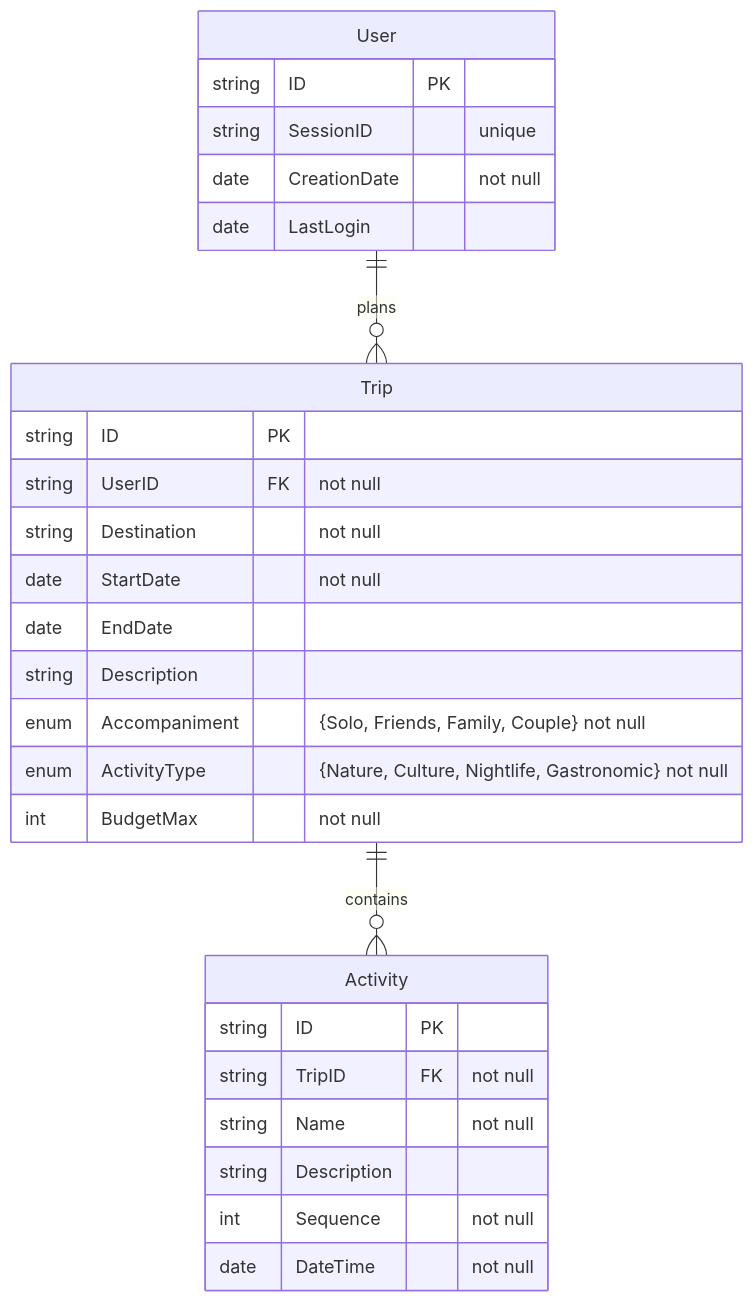
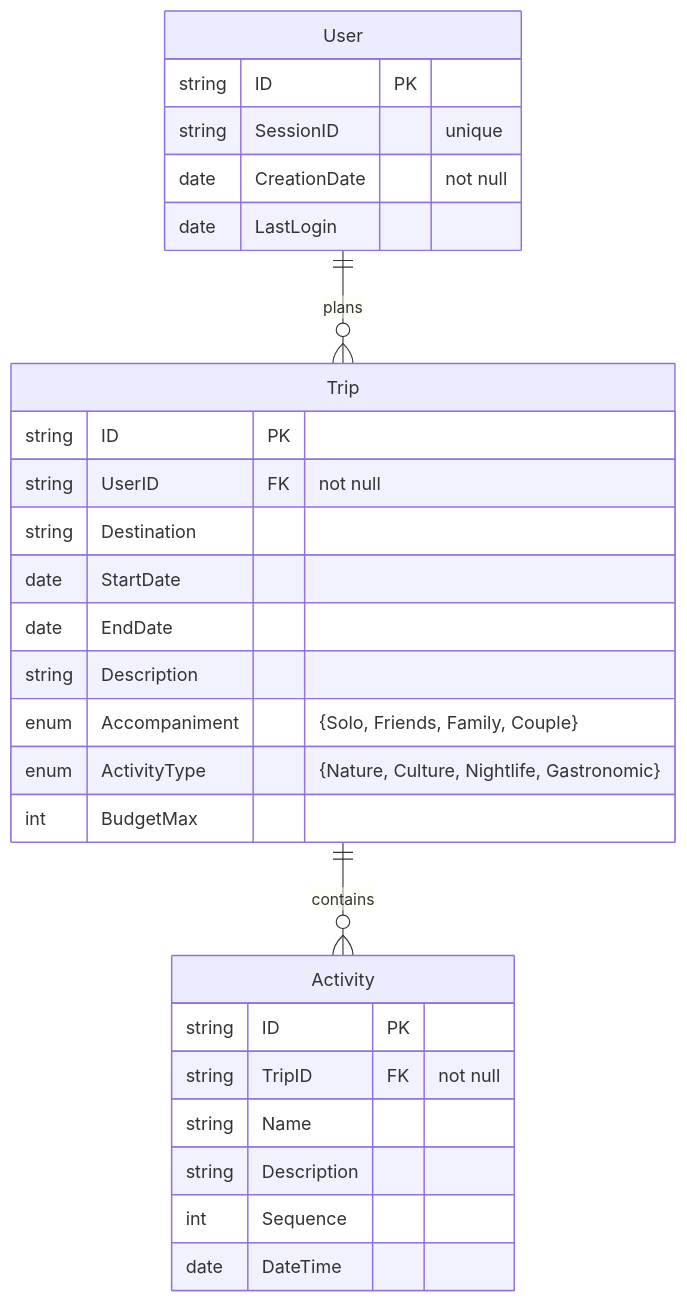
The third of 3 diagrams in readme.md (LIDR-academy/AI4Devs-finalproject), drawn with Mermaid before and after one commit. The commit also changed other lines of this file, not shown here.

````diff
--- a/readme.md
+++ b/readme.md
@@ -526,33 +525,33 @@
 ```mermaid
 erDiagram
     User ||--o{ Trip : "plans"
     Trip ||--o{ Activity : "contains"
     
     User {
         string ID PK
         string SessionID "unique"
         date CreationDate "not null"
         date LastLogin
     }
     
     Trip {
         string ID PK
         string UserID FK "not null"
-        string Destination "not null"
-        date StartDate "not null"
+        string Destination
+        date StartDate
         date EndDate
         string Description
-        enum Accompaniment "{Solo, Friends, Family, Couple} not null"
-        enum ActivityType "{Nature, Culture, Nightlife, Gastronomic} not null"
-        int BudgetMax "not null"
+        enum Accompaniment "{Solo, Friends, Family, Couple}"
+        enum ActivityType "{Nature, Culture, Nightlife, Gastronomic}"
+        int BudgetMax
     }
     
     Activity {
         string ID PK
         string TripID FK "not null"
-        string Name "not null"
+        string Name
         string Description
-        int Sequence "not null"
-        date DateTime "not null"
+        int Sequence
+        date DateTime
     }
 ```
````
